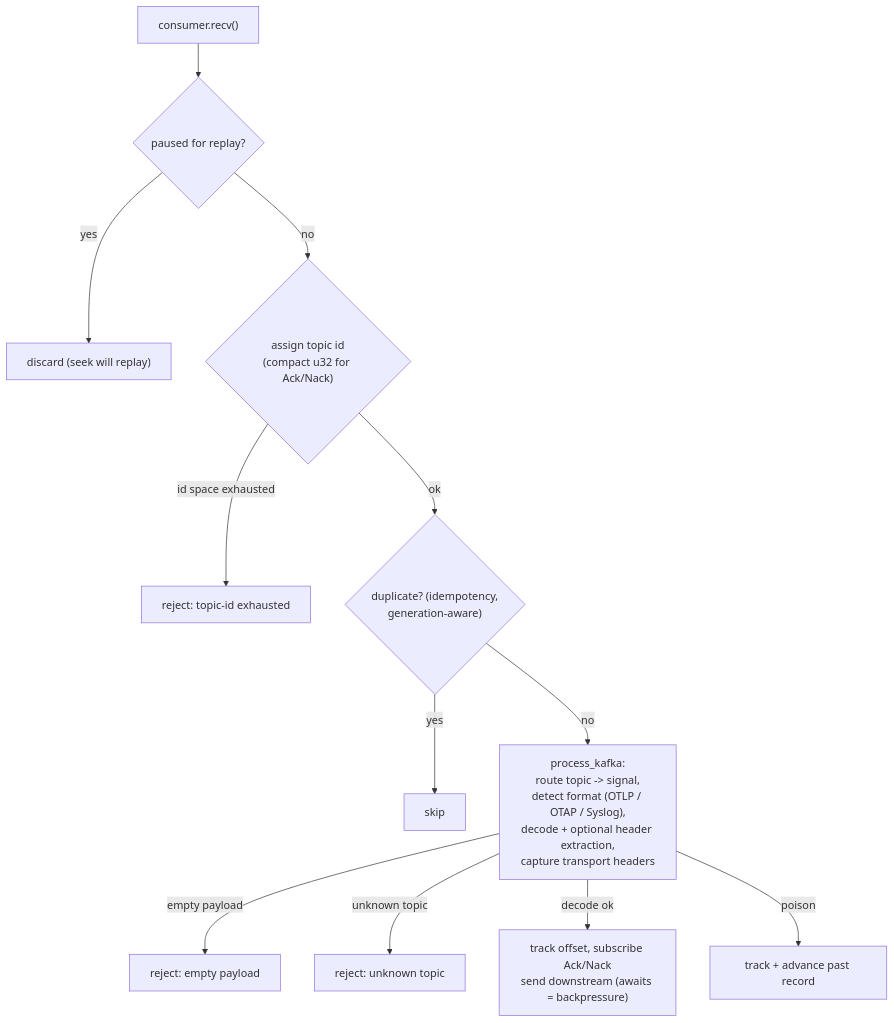
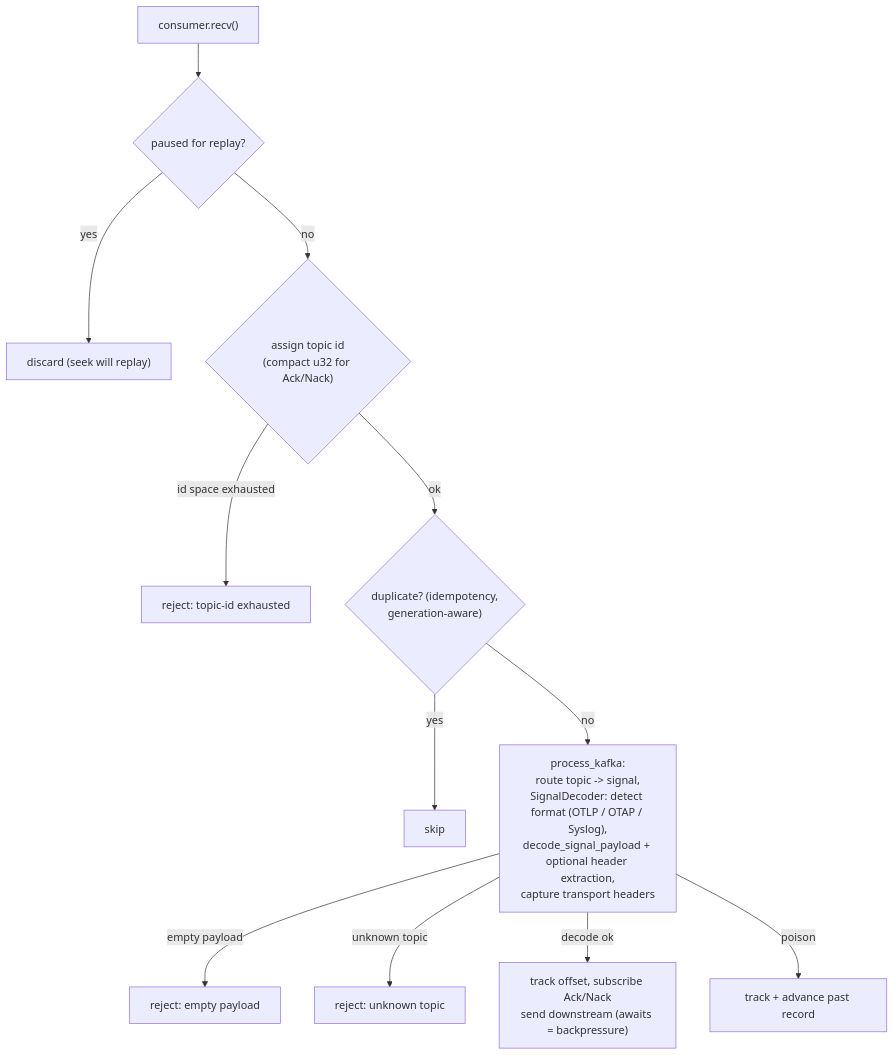
One commit to open-telemetry/otel-arrow changed the second of 5 diagrams in rust/otap-dataflow/crates/contrib-nodes/src/receivers/kafka_receiver/ARCHITECTURE.md. Above: the diagram before and after it, drawn with Mermaid. The commit also changed other lines of this file and 7 other files, not shown here.

````diff
--- a/rust/otap-dataflow/crates/contrib-nodes/src/receivers/kafka_receiver/ARCHITECTURE.md
+++ b/rust/otap-dataflow/crates/contrib-nodes/src/receivers/kafka_receiver/ARCHITECTURE.md
@@ -172,14 +180,14 @@
 ```mermaid
 flowchart TD
     R["consumer.recv()"] --> P{"paused for replay?"}
     P -->|yes| DROP["discard (seek will replay)"]
     P -->|no| TID{"assign topic id<br/>(compact u32 for Ack/Nack)"}
     TID -->|id space exhausted| REJX["reject: topic-id exhausted"]
     TID -->|ok| DUP{"duplicate? (idempotency,<br/>generation-aware)"}
     DUP -->|yes| SKIP["skip"]
-    DUP -->|no| PROC["process_kafka:<br/>route topic -> signal,<br/>detect format (OTLP / OTAP / Syslog),<br/>decode + optional header extraction,<br/>capture transport headers"]
+    DUP -->|no| PROC["process_kafka:<br/>route topic -> signal,<br/>SignalDecoder: detect format (OTLP / OTAP / Syslog),<br/>decode_signal_payload + optional header extraction,<br/>capture transport headers"]
     PROC -->|empty payload| REJE["reject: empty payload"]
     PROC -->|unknown topic| REJU["reject: unknown topic"]
     PROC -->|decode ok| SEND["track offset, subscribe Ack/Nack<br/>send downstream (awaits = backpressure)"]
     PROC -->|poison| ADV["track + advance past record"]
 ```
````
